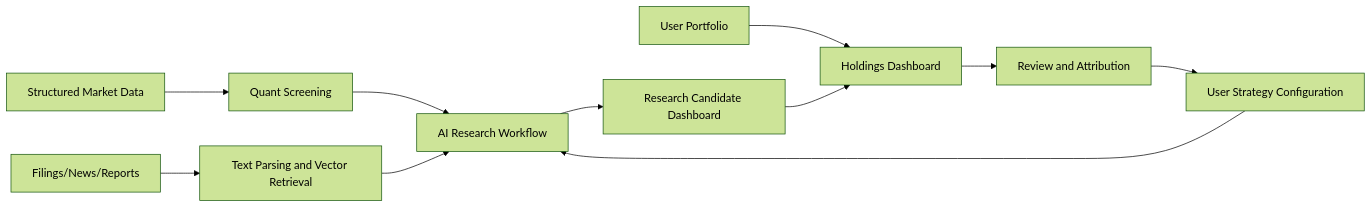
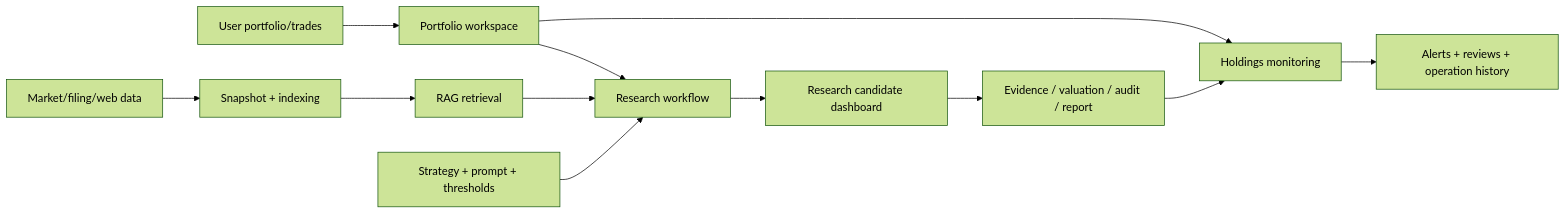
Before and after one commit to RickyW0529/Margin: the first of 4 diagrams in docs/design/v0.1/product/Margin_Product_Design_v0.1_EN.md, drawn with Mermaid (forest theme). The commit also changed other lines of this file and 171 other files, not shown here.

````diff
--- a/docs/design/v0.1/product/Margin_Product_Design_v0.1_EN.md
+++ b/docs/design/v0.1/product/Margin_Product_Design_v0.1_EN.md
@@ -25,13 +27,14 @@
 ```mermaid
 flowchart LR
-    A[Structured Market Data] --> B[Quant Screening]
-    N[Filings/News/Reports] --> C[Text Parsing and Vector Retrieval]
-    B --> D[AI Research Workflow]
-    C --> D
-    S[User Strategy Configuration] --> D
-    D --> R[Research Candidate Dashboard]
-    P[User Portfolio] --> H[Holdings Dashboard]
-    R --> H
-    H --> F[Review and Attribution]
-    F --> S
+    User[User portfolio/trades] --> Portfolio[Portfolio workspace]
+    Data[Market/filing/web data] --> Index[Snapshot + indexing]
+    Index --> Retrieval[RAG retrieval]
+    Strategy[Strategy + prompt + thresholds] --> Workflow[Research workflow]
+    Portfolio --> Workflow
+    Retrieval --> Workflow
+    Workflow --> Cards[Research candidate dashboard]
+    Cards --> Evidence[Evidence / valuation / audit / report]
+    Portfolio --> Monitoring[Holdings monitoring]
+    Evidence --> Monitoring
+    Monitoring --> Reviews[Alerts + reviews + operation history]
 ```
````
